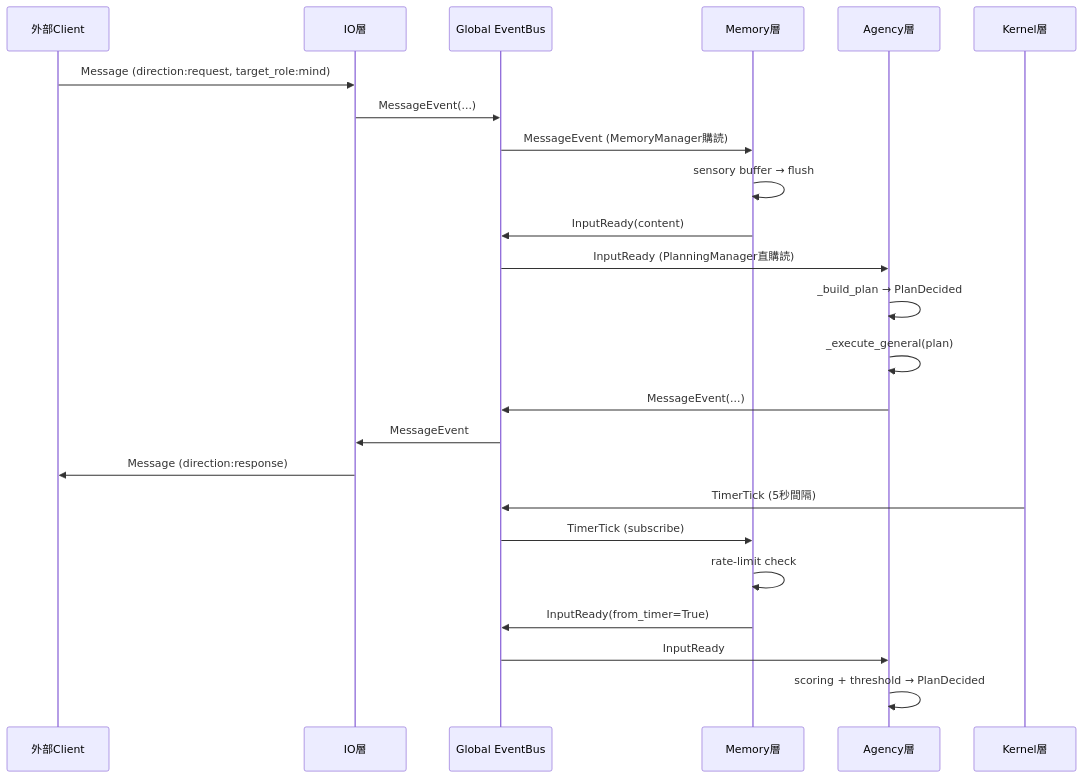
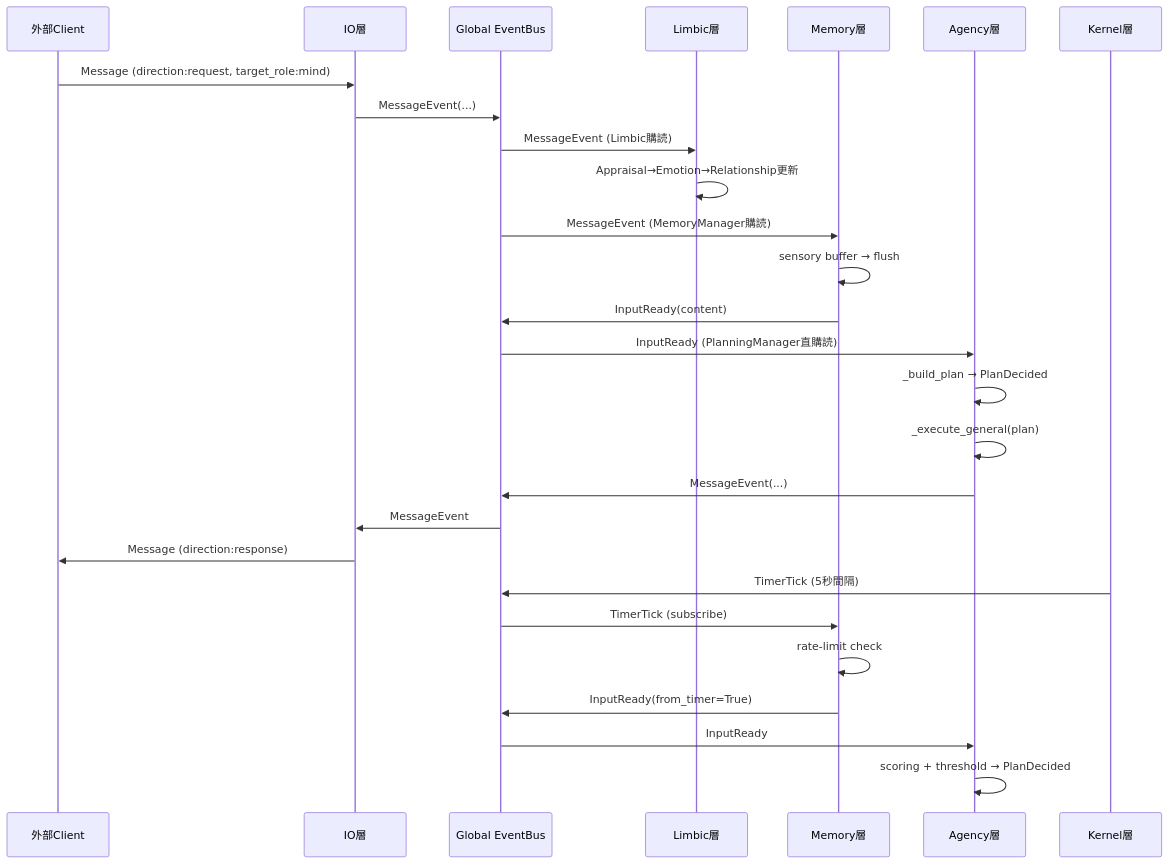
One commit to ibukani/iris-mind changed the second of 4 diagrams in docs/architecture.md. Above: the diagram before and after it, drawn with Mermaid. The commit also changed other lines of this file and 2 other files, not shown here.

Commit message:
docs: Limbic層のドキュメントとarchitecture図・AGENTS.mdを更新

````diff
--- a/docs/architecture.md
+++ b/docs/architecture.md
@@ -78,28 +87,31 @@
 ```mermaid
 sequenceDiagram
     participant TCP as 外部Client
     participant IO as IO層
     participant EB as Global EventBus
+    participant LIM as Limbic層
     participant MEM as Memory層
     participant AG as Agency層
     participant KRN as Kernel層
 
     TCP->>IO: Message (direction:request, target_role:mind)
     IO->>EB: MessageEvent(...)
+    EB->>LIM: MessageEvent (Limbic購読)
+    LIM->>LIM: Appraisal→Emotion→Relationship更新
     EB->>MEM: MessageEvent (MemoryManager購読)
     MEM->>MEM: sensory buffer → flush
     MEM->>EB: InputReady(content)
     EB->>AG: InputReady (PlanningManager直購読)
     AG->>AG: _build_plan → PlanDecided
     AG->>AG: _execute_general(plan)
     AG->>EB: MessageEvent(...)
     EB->>IO: MessageEvent
     IO->>TCP: Message (direction:response)
 
     KRN->>EB: TimerTick (5秒間隔)
     EB->>MEM: TimerTick (subscribe)
     MEM->>MEM: rate-limit check
     MEM->>EB: InputReady(from_timer=True)
     EB->>AG: InputReady
     AG->>AG: scoring + threshold → PlanDecided
 ```
````
